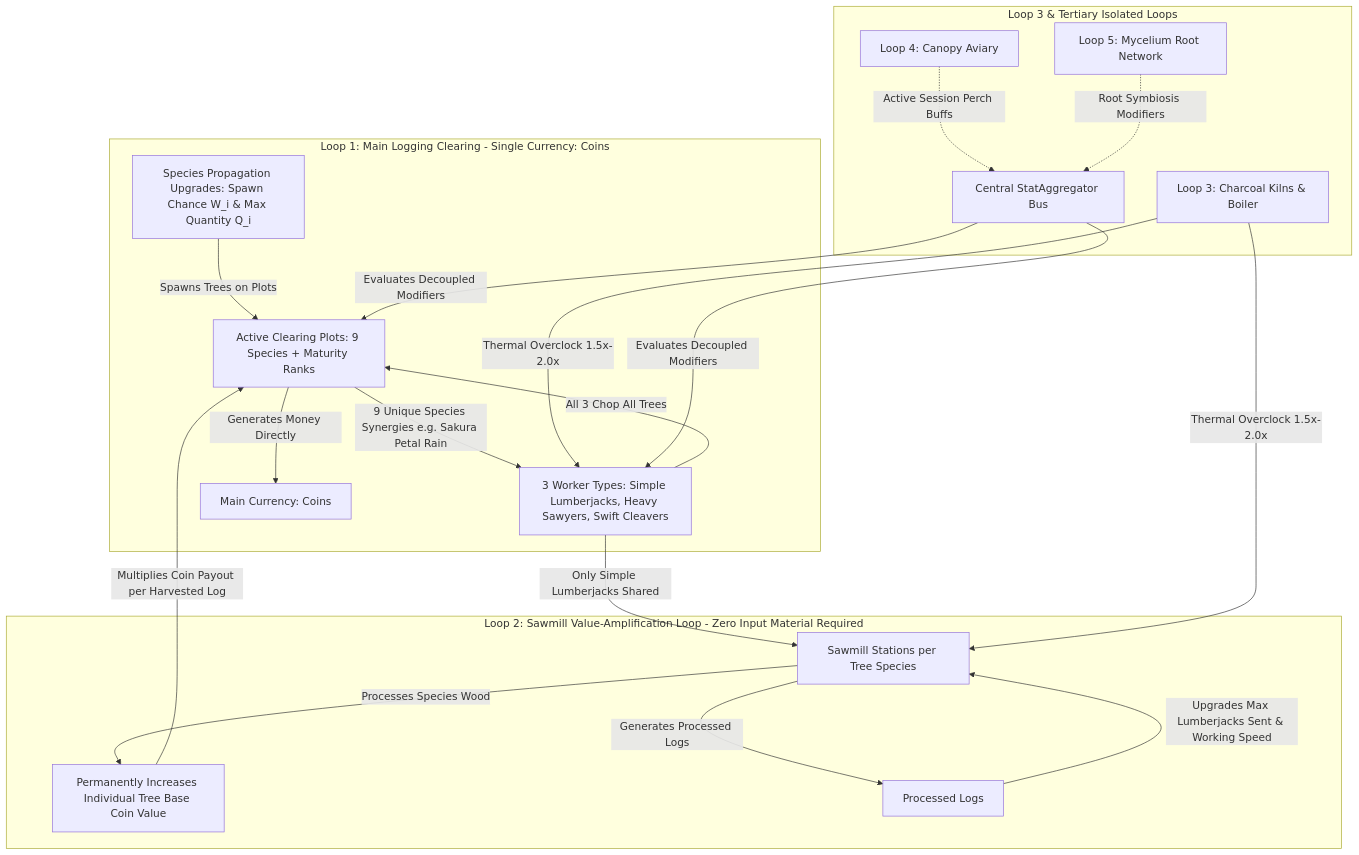
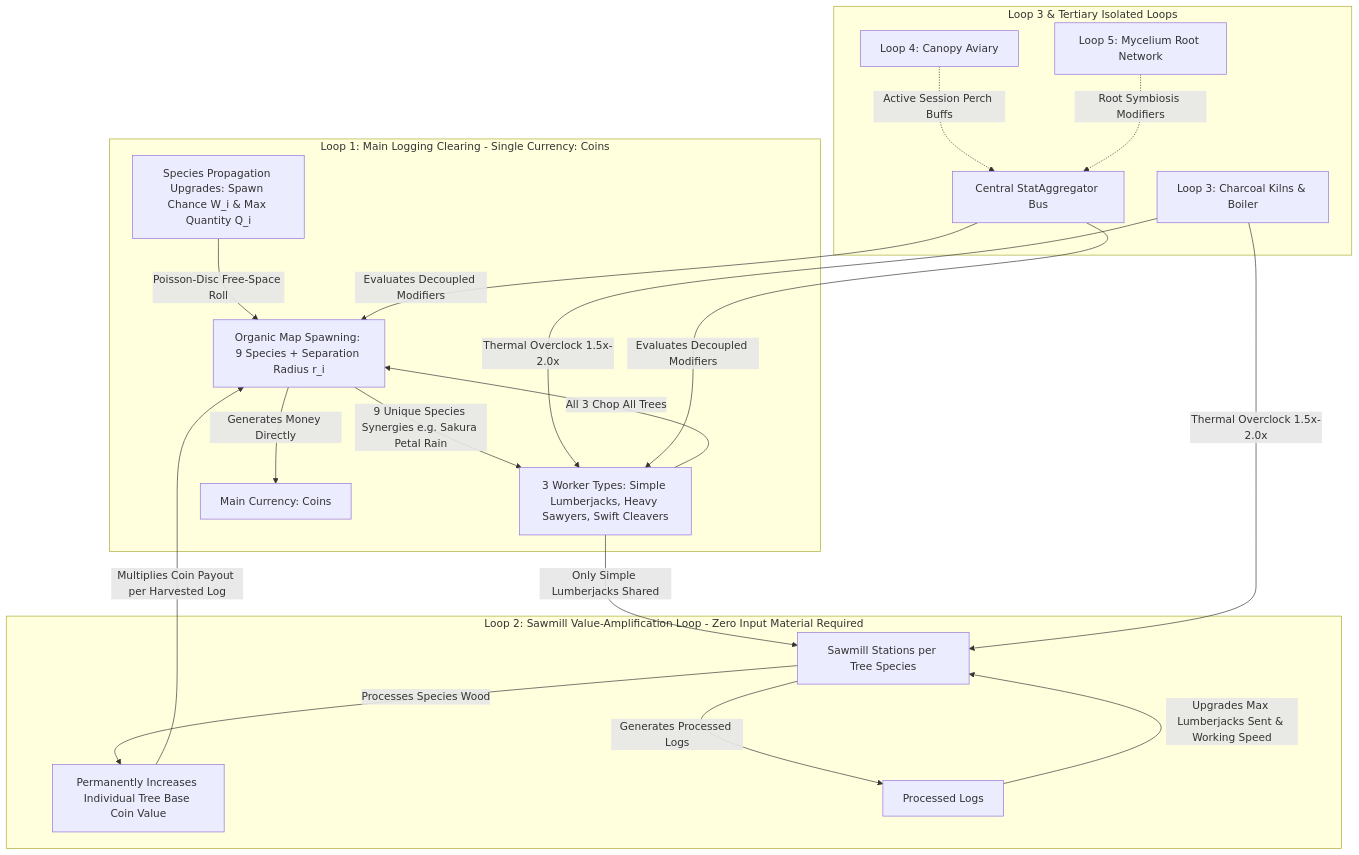
Before and after one commit to JS-Marinn/treecremental-game: the first of 2 diagrams in docs/architecture/treecremental_design_doc.md, drawn with Mermaid. The commit also changed other lines of this file and 1 other file, not shown here.

Commit message:
Specify Godot 4.7 TileMapLayer stack and grid-free Poisson-disc random tree spawning with minimum separation

````diff
--- a/docs/architecture/treecremental_design_doc.md
+++ b/docs/architecture/treecremental_design_doc.md
@@ -113,26 +117,26 @@
 ```mermaid
 flowchart TD
   subgraph Loop 1: Main Logging Clearing - Single Currency: Coins
-    PROP[Species Propagation Upgrades: Spawn Chance W_i & Max Quantity Q_i] -->|Spawns Trees on Plots| PLOTS[Active Clearing Plots: 9 Species + Maturity Ranks]
+    PROP[Species Propagation Upgrades: Spawn Chance W_i & Max Quantity Q_i] -->|Poisson-Disc Free-Space Roll| PLOTS[Organic Map Spawning: 9 Species + Separation Radius r_i]
     CREW[3 Worker Types: Simple Lumberjacks, Heavy Sawyers, Swift Cleavers] -->|All 3 Chop All Trees| PLOTS
     PLOTS -->|Generates Money Directly| COINS[Main Currency: Coins]
     PLOTS -->|9 Unique Species Synergies e.g. Sakura Petal Rain| CREW
   end
 
   subgraph Loop 2: Sawmill Value-Amplification Loop - Zero Input Material Required
     CREW -->|Only Simple Lumberjacks Shared| MILL[Sawmill Stations per Tree Species]
     MILL -->|Processes Species Wood| VAL[Permanently Increases Individual Tree Base Coin Value]
     VAL -->|Multiplies Coin Payout per Harvested Log| PLOTS
     MILL -->|Generates Processed Logs| PROC[Processed Logs]
     PROC -->|Upgrades Max Lumberjacks Sent & Working Speed| MILL
   end
 
   subgraph Loop 3 & Tertiary Isolated Loops
     KILN[Loop 3: Charcoal Kilns & Boiler] -->|Thermal Overclock 1.5x-2.0x| CREW
     KILN -->|Thermal Overclock 1.5x-2.0x| MILL
     AVIARY[Loop 4: Canopy Aviary] -.->|Active Session Perch Buffs| STAT[Central StatAggregator Bus]
     MYC[Loop 5: Mycelium Root Network] -.->|Root Symbiosis Modifiers| STAT
     STAT -->|Evaluates Decoupled Modifiers| PLOTS
     STAT -->|Evaluates Decoupled Modifiers| CREW
   end
 ```
````
